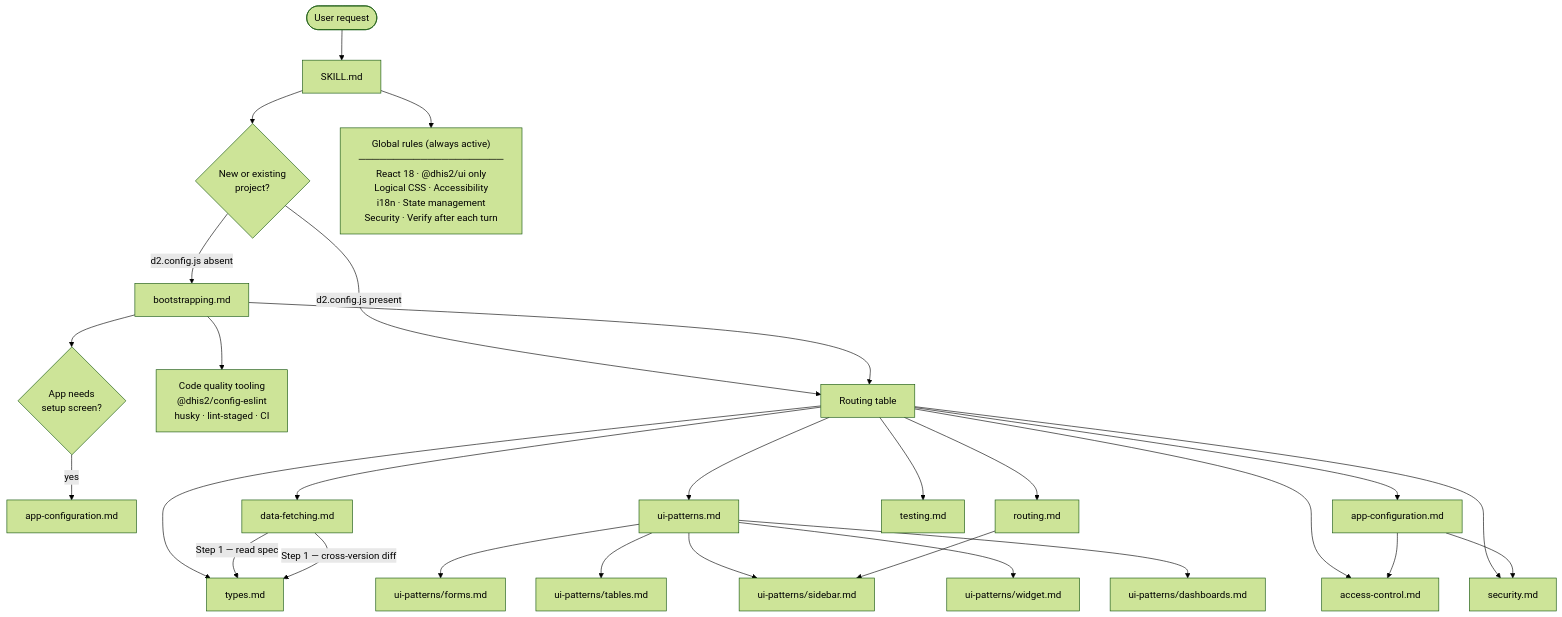
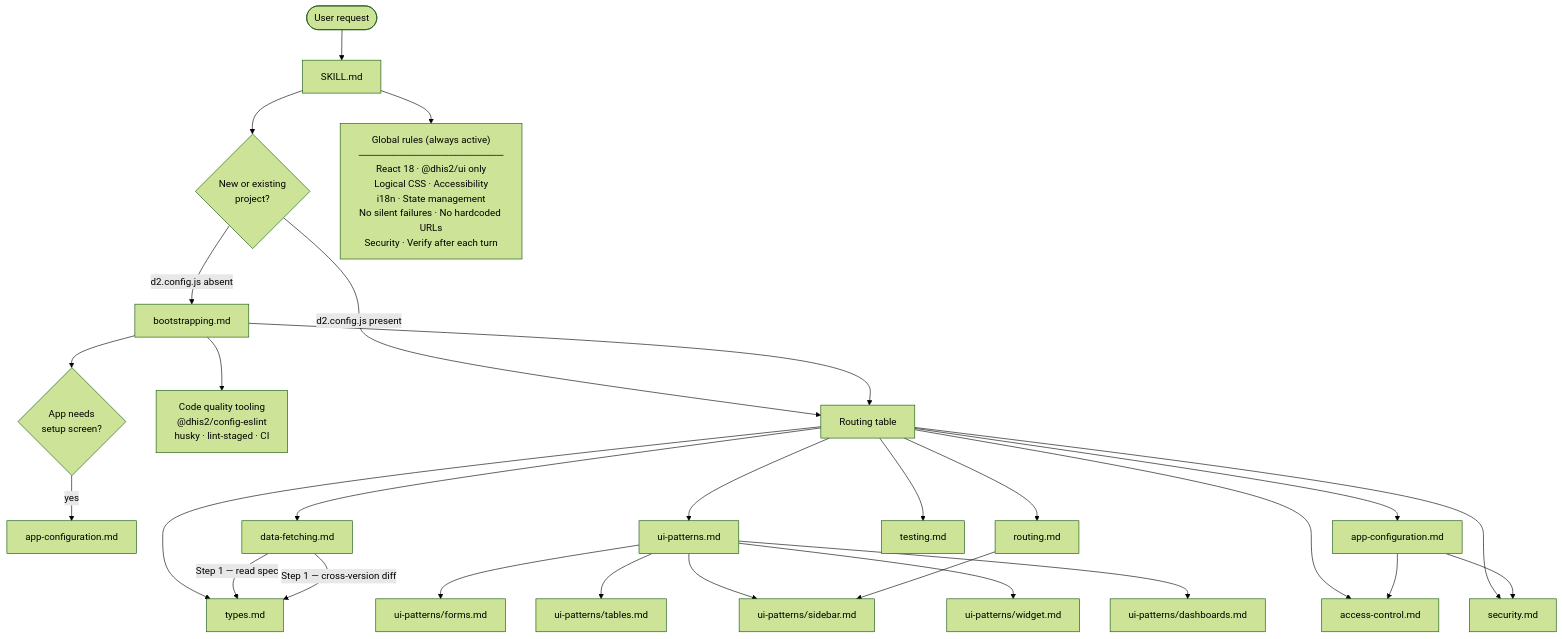
The diagram in README.md (dhis2/ai-devtools), drawn with Mermaid (forest theme) before and after one commit.

Commit message:
docs: update flow diagram with new global rules
Add "No silent failures" and "No hardcoded URLs" to the always-active
rules box in the skill flow diagram.

````diff
--- a/README.md
+++ b/README.md
@@ -38,39 +38,39 @@
 ```mermaid
 flowchart TD
     U([User request]) --> S[SKILL.md]
 
     S --> Q{New or existing\nproject?}
 
     Q -->|d2.config.js absent| BOOT[bootstrapping.md]
     Q -->|d2.config.js present| RT[Routing table]
 
     BOOT --> BOOT2[Code quality tooling\n@dhis2/config-eslint\nhusky · lint-staged · CI]
     BOOT --> BOOT3{App needs\nsetup screen?}
     BOOT3 -->|yes| AC2[app-configuration.md]
     BOOT --> RT
 
     RT --> DF[data-fetching.md]
     RT --> UI[ui-patterns.md]
     RT --> RO[routing.md]
     RT --> TY[types.md]
     RT --> TE[testing.md]
     RT --> AC[access-control.md]
     RT --> SE[security.md]
     RT --> AP[app-configuration.md]
 
     DF -->|Step 1 — read spec| TY
     DF -->|Step 1 — cross-version diff| TY
 
     UI --> UIF[ui-patterns/forms.md]
     UI --> UIT[ui-patterns/tables.md]
     UI --> UIS[ui-patterns/sidebar.md]
     UI --> UIW[ui-patterns/widget.md]
     UI --> UID[ui-patterns/dashboards.md]
 
     RO --> UIS
 
     AP --> SE
     AP --> AC
 
-    S --> RULES["Global rules (always active)\n─────────────────────\nReact 18 · @dhis2/ui only\nLogical CSS · Accessibility\ni18n · State management\nSecurity · Verify after each turn"]
+    S --> RULES["Global rules (always active)\n─────────────────────\nReact 18 · @dhis2/ui only\nLogical CSS · Accessibility\ni18n · State management\nNo silent failures · No hardcoded URLs\nSecurity · Verify after each turn"]
 ```
````
